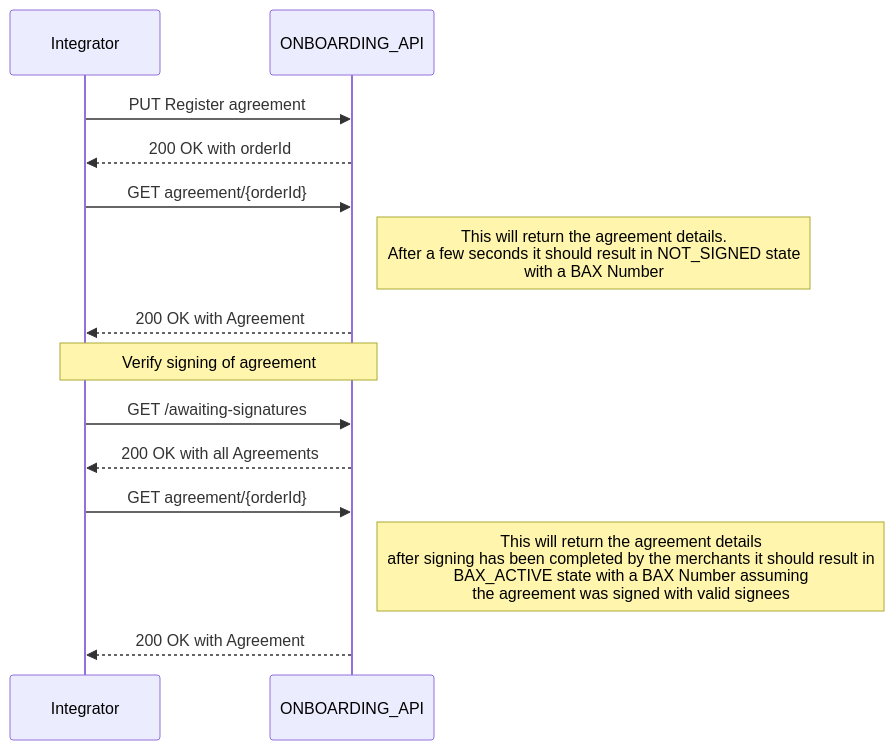
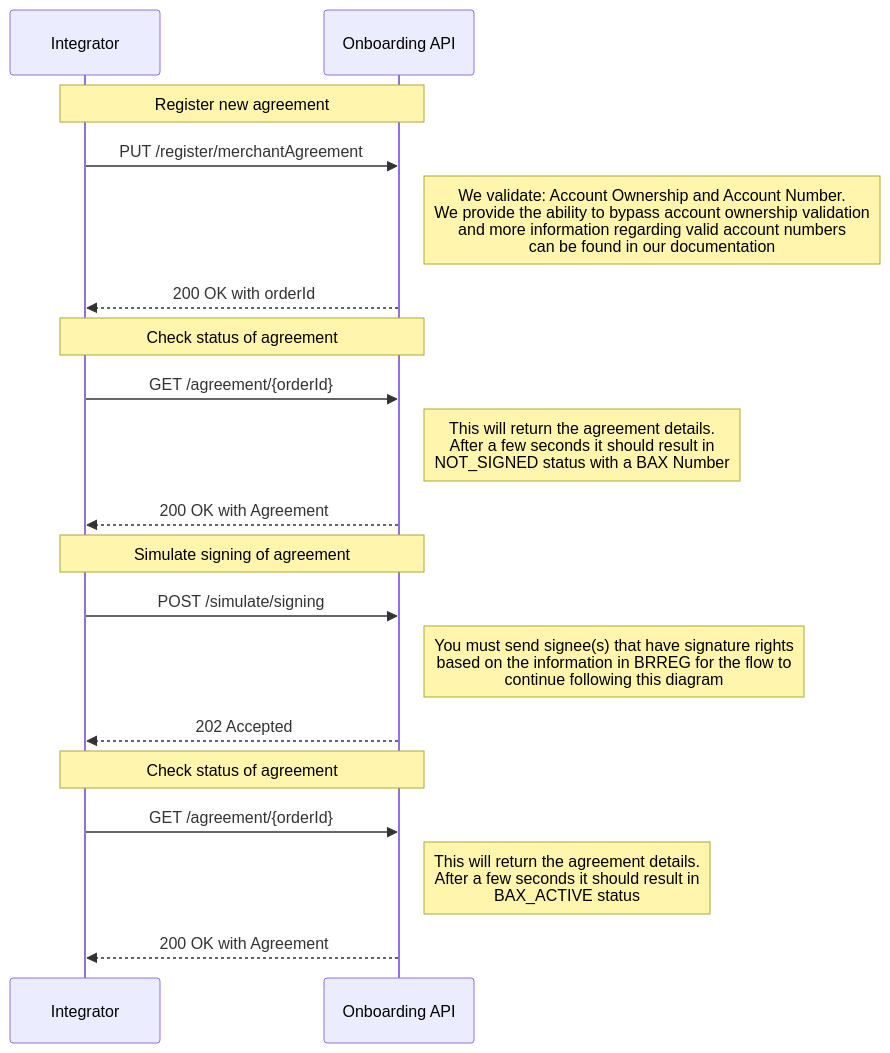
The first of 6 diagrams in docs/getting_started.md (BankAxept/bankaxept-onboarding-external-documentation), drawn with Mermaid before and after one commit. The commit also changed other lines of this file and 1 other file, not shown here.

Commit message:
Updates after feedback from docs review (#19)

````diff
--- a/docs/getting_started.md
+++ b/docs/getting_started.md
@@ -37,18 +50,25 @@
 ```mermaid
 sequenceDiagram
 participant I as Integrator
-participant O as ONBOARDING_API
+participant O as Onboarding API
 
-I ->> O: PUT Register agreement
+note over I, O: Register new agreement
+I ->> O: PUT /register/merchantAgreement
+note right of O: We validate: Account Ownership and Account Number. <br/> We provide the ability to bypass account ownership validation <br/> and more information regarding valid account numbers <br/> can be found in our documentation
 O -->> I: 200 OK with orderId
-I ->> O : GET agreement/{orderId}
 
-note right of O: This will return the agreement details. <br/> After a few seconds it should result in NOT_SIGNED state <br/> with a BAX Number
+note over I, O: Check status of agreement
+I ->> O: GET /agreement/{orderId}
+note right of O: This will return the agreement details. <br/> After a few seconds it should result in <br/> NOT_SIGNED status with a BAX Number
 O -->> I: 200 OK with Agreement
-note over I, O: Verify signing of agreement
-I ->> O: GET /awaiting-signatures
-O -->> I: 200 OK with all Agreements
-I ->> O : GET agreement/{orderId}
-note right of O: This will return the agreement details <br/> after signing has been completed by the merchants it should result in <br/> BAX_ACTIVE state with a BAX Number assuming <br/> the agreement was signed with valid signees
+
+note over I, O: Simulate signing of agreement
+I ->> O: POST /simulate/signing
+note right of O: You must send signee(s) that have signature rights <br/> based on the information in BRREG for the flow to <br/> continue following this diagram
+O -->> I: 202 Accepted
+
+note over I, O: Check status of agreement
+I ->> O: GET /agreement/{orderId}
+note right of O: This will return the agreement details. <br/> After a few seconds it should result in <br/> BAX_ACTIVE status
 O -->> I: 200 OK with Agreement
 ```
````
